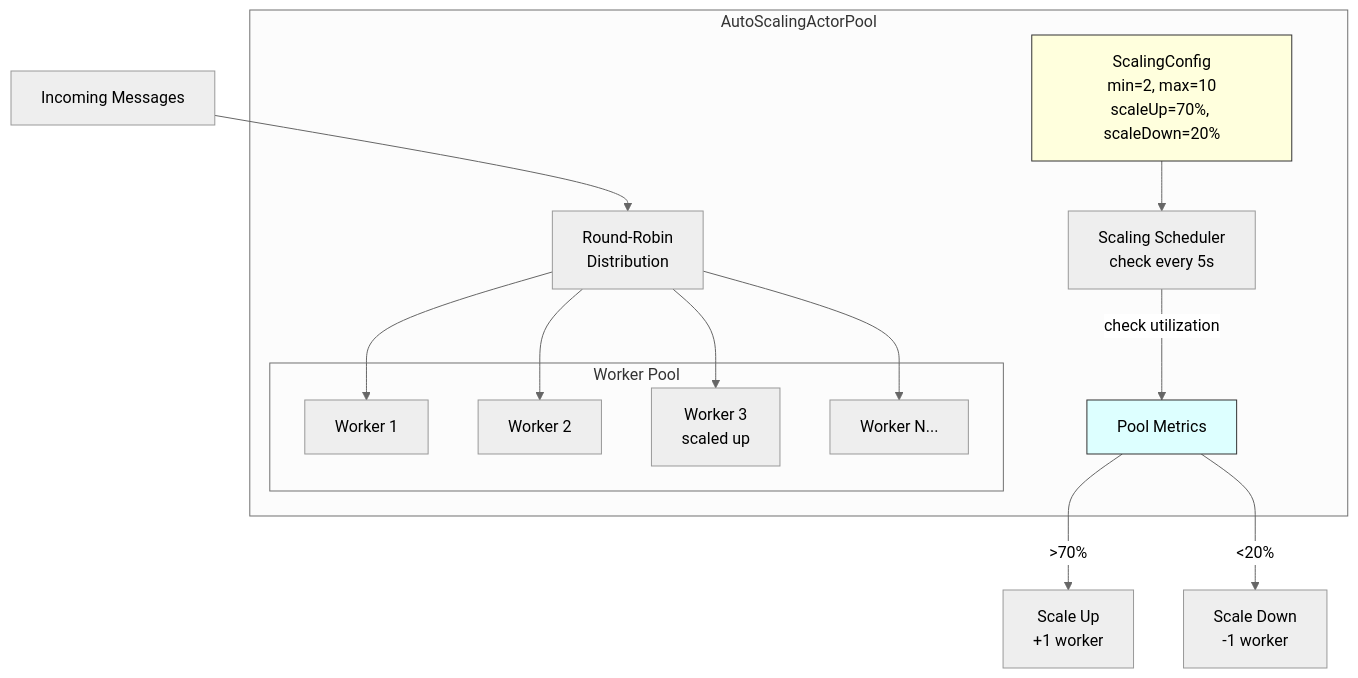
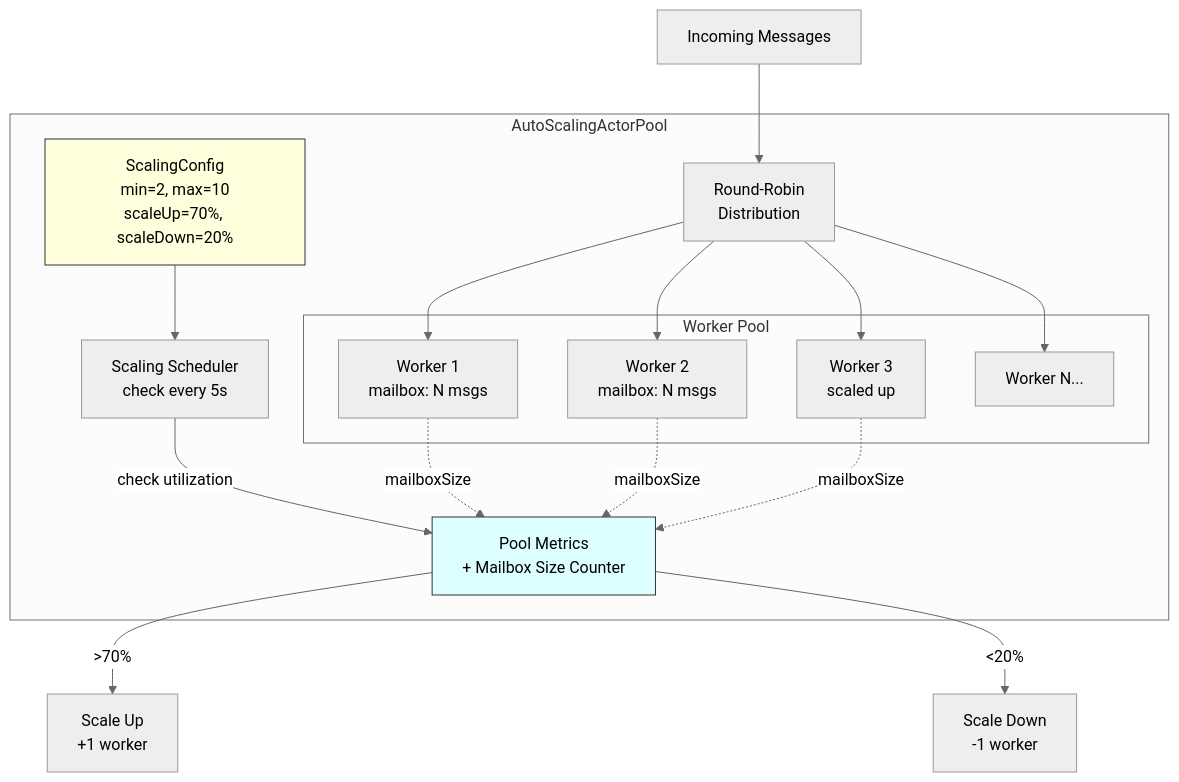
Before and after one commit to Myri23/CY_Land: the sixth of 16 diagrams in docs/ARCHITECTURE.md, drawn with Mermaid (neutral theme). The commit also changed other lines of this file, not shown here.

First line of the commit message:
Enhance architecture documentation with resilience and testing

````diff
--- a/docs/ARCHITECTURE.md
+++ b/docs/ARCHITECTURE.md
@@ -273,32 +298,36 @@
 ```mermaid
 graph TB
     subgraph "AutoScalingActorPool"
         CONFIG[ScalingConfig<br/>min=2, max=10<br/>scaleUp=70%, scaleDown=20%]
         SCHEDULER[Scaling Scheduler<br/>check every 5s]
-        METRICS[Pool Metrics]
+        METRICS[Pool Metrics<br/>+ Mailbox Size Counter]
         
         subgraph "Worker Pool"
-            W1[Worker 1]
-            W2[Worker 2]
+            W1[Worker 1<br/>mailbox: N msgs]
+            W2[Worker 2<br/>mailbox: N msgs]
             W3[Worker 3<br/>scaled up]
             WN[Worker N...]
         end
         
         RR[Round-Robin<br/>Distribution]
     end
     
     LOAD[Incoming Messages] --> RR
     RR --> W1
     RR --> W2
     RR --> W3
     RR --> WN
     
     SCHEDULER -->|check utilization| METRICS
     METRICS -->|>70%| SCALE_UP[Scale Up<br/>+1 worker]
     METRICS -->|<20%| SCALE_DOWN[Scale Down<br/>-1 worker]
     
     CONFIG --> SCHEDULER
     
+    W1 -.->|mailboxSize| METRICS
+    W2 -.->|mailboxSize| METRICS
+    W3 -.->|mailboxSize| METRICS
+    
     style CONFIG fill:#ffd,stroke:#333
     style METRICS fill:#dff,stroke:#333
 ```
````
